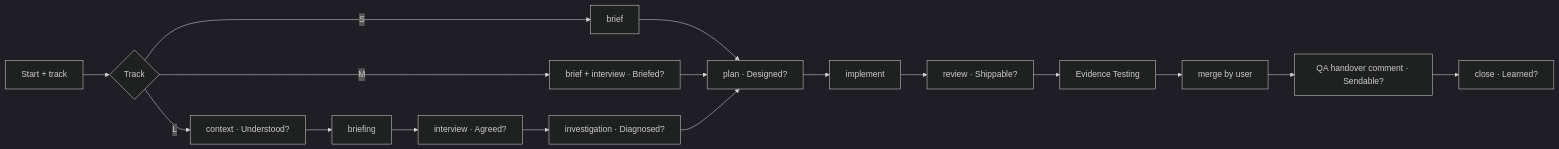
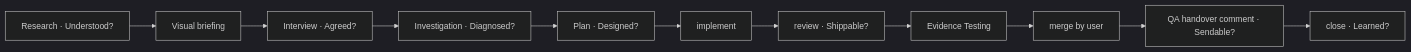
The second of 2 diagrams in plugins/forge/skills/ticket/SKILL.md (alexradunet/forge-engineering), drawn with Mermaid (dark theme) before and after one commit. The commit also changed other lines of this file and 34 other files, not shown here.

````diff
--- a/plugins/forge/skills/ticket/SKILL.md
+++ b/plugins/forge/skills/ticket/SKILL.md
@@ -121,8 +119,5 @@
 ```mermaid
 flowchart LR
-  S0[Start + track] --> T{Track}
-  T -->|S| S1[brief] --> P[plan · Designed?]
-  T -->|M| M1[brief + interview · Briefed?] --> P
-  T -->|L| L1[context · Understood?] --> L2[briefing] --> L3[interview · Agreed?] --> L4[investigation · Diagnosed?] --> P
+  S[Research · Understood?] --> B[Visual briefing] --> A[Interview · Agreed?] --> D[Investigation · Diagnosed?] --> P[Plan · Designed?]
   P --> I[implement] --> R[review · Shippable?] --> E[Evidence Testing] --> M[merge by user] --> Q[QA handover comment · Sendable?] --> C[close · Learned?]
 ```
````
